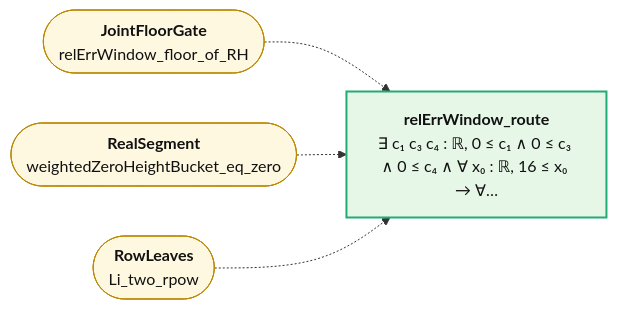
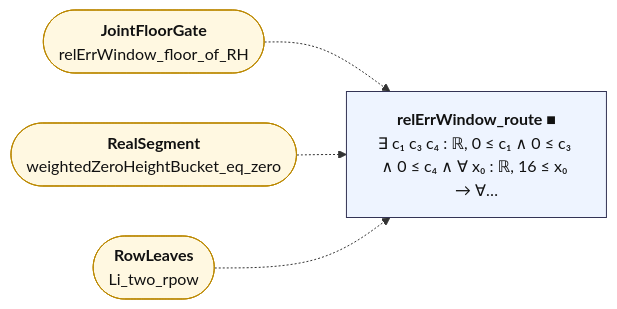
Before and after one commit to juliansambranojr/Primebeat_081426: the diagram in map/lean_stage3/RouteGate.md, drawn with Mermaid. The commit also changed other lines of this file and 398 other files, not shown here.

````diff
--- a/map/lean_stage3/RouteGate.md
+++ b/map/lean_stage3/RouteGate.md
@@ -12,15 +12,18 @@
 ```mermaid
 flowchart LR
-  n0["<b>relErrWindow_route</b><br/>∃ c₁ c₃ c₄ : ℝ, 0 ≤ c₁ ∧ 0 ≤ c₃ ∧ 0 ≤ c₄ ∧ ∀ x₀ : ℝ, 16 ≤ x₀ → ∀…"]:::end_
+  n0["<b>relErrWindow_route ■</b><br/>∃ c₁ c₃ c₄ : ℝ, 0 ≤ c₁ ∧ 0 ≤ c₃ ∧ 0 ≤ c₄ ∧ ∀ x₀ : ℝ, 16 ≤ x₀ → ∀…"]:::thm
   x0(["<b>JointFloorGate</b><br/>relErrWindow_floor_of_RH"]):::ext
   x1(["<b>RealSegment</b><br/>weightedZeroHeightBucket_eq_zero"]):::ext
   x2(["<b>RowLeaves</b><br/>Li_two_rpow"]):::ext
   x0 -.-> n0
   x1 -.-> n0
   x2 -.-> n0
+  classDef cnt fill:#dff5ec,stroke:#17694a,color:#111
+  classDef shp fill:#f1ecfb,stroke:#5b3fa0,color:#111
+  classDef rh fill:#ffe5e5,stroke:#c22,color:#111,stroke-width:2px
   classDef thm fill:#eef4ff,stroke:#335,color:#111
   classDef end_ fill:#e7f7e7,stroke:#2a7,color:#111,stroke-width:2px
   classDef lone fill:#fff,stroke:#999,color:#111,stroke-dasharray:4 3
   classDef bad fill:#ffe5e5,stroke:#c22,color:#111,stroke-width:2px
   classDef ext fill:#fff8e1,stroke:#b80,color:#111
 ```
````
